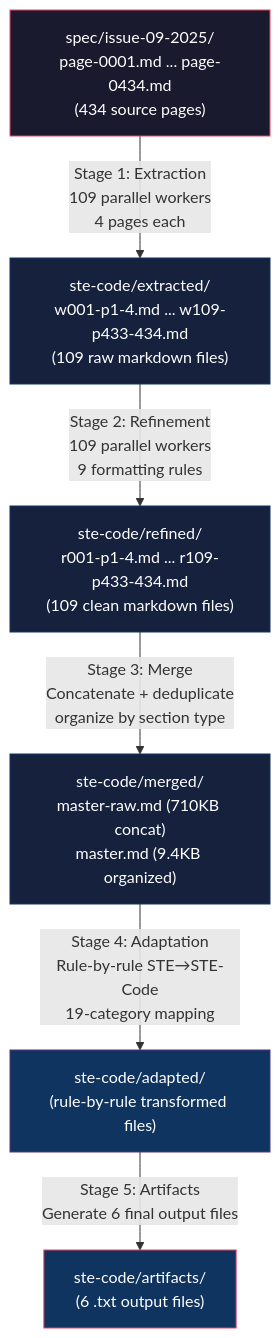
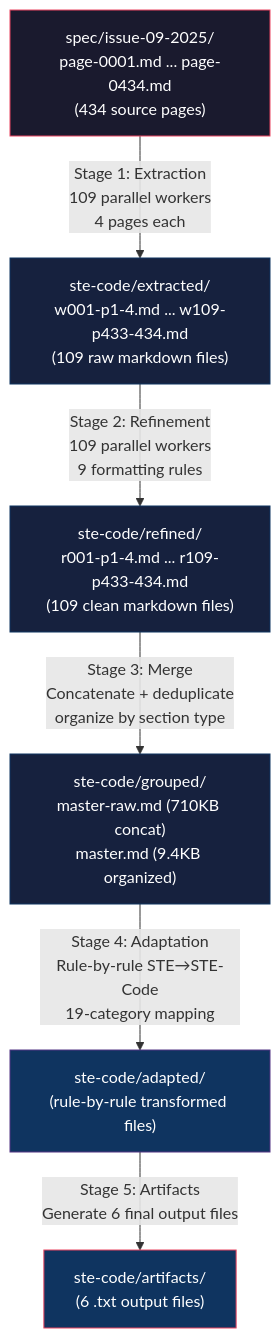
Before and after one commit to NikolaRHristov/STE-Code: the second of 5 diagrams in .agents/uml/database-layout.md, drawn with Mermaid. The commit also changed other lines of this file and 40 other files, not shown here.

First line of the commit message:
refactor: rename merge stage to grouping with semantic awareness

````diff
--- a/.agents/uml/database-layout.md
+++ b/.agents/uml/database-layout.md
@@ -125,21 +125,21 @@
 ```mermaid
 graph TD
     SOURCE["spec/issue-09-2025/<br/>page-0001.md ... page-0434.md<br/>(434 source pages)"]
     
     SOURCE -->|"Stage 1: Extraction<br/>109 parallel workers<br/>4 pages each"| EXTRACTED["ste-code/extracted/<br/>w001-p1-4.md ... w109-p433-434.md<br/>(109 raw markdown files)"]
 
     EXTRACTED -->|"Stage 2: Refinement<br/>109 parallel workers<br/>9 formatting rules"| REFINED["ste-code/refined/<br/>r001-p1-4.md ... r109-p433-434.md<br/>(109 clean markdown files)"]
 
-    REFINED -->|"Stage 3: Merge<br/>Concatenate + deduplicate<br/>organize by section type"| MERGED["ste-code/merged/<br/>master-raw.md (710KB concat)<br/>master.md (9.4KB organized)"]
+    REFINED -->|"Stage 3: Merge<br/>Concatenate + deduplicate<br/>organize by section type"| MERGED["ste-code/grouped/<br/>master-raw.md (710KB concat)<br/>master.md (9.4KB organized)"]
 
     MERGED -->|"Stage 4: Adaptation<br/>Rule-by-rule STE→STE-Code<br/>19-category mapping"| ADAPTED["ste-code/adapted/<br/>(rule-by-rule transformed files)"]
 
     ADAPTED -->|"Stage 5: Artifacts<br/>Generate 6 final output files"| ARTIFACTS["ste-code/artifacts/<br/>(6 .txt output files)"]
 
     style SOURCE fill:#1a1a2e,stroke:#e94560,color:#fff
     style EXTRACTED fill:#16213e,stroke:#0f3460,color:#fff
     style REFINED fill:#16213e,stroke:#0f3460,color:#fff
     style MERGED fill:#16213e,stroke:#0f3460,color:#fff
     style ADAPTED fill:#0f3460,stroke:#533483,color:#fff
     style ARTIFACTS fill:#0f3460,stroke:#e94560,color:#fff
 ```
````
